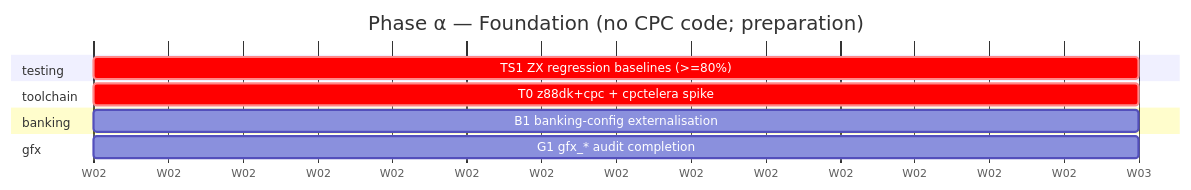
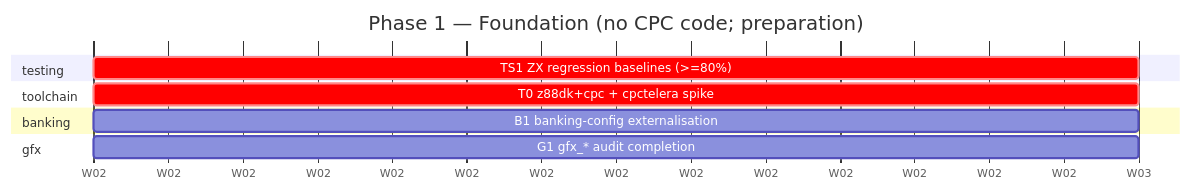
The third of 9 diagrams in doc/multiplatform-plan/gantt.md (jorgegv/rage1), drawn with Mermaid before and after one commit. The commit also changed other lines of this file and 1 other file, not shown here.

First line of the commit message:
doc: rename Greek-letter phases (alpha..zeta) to Phase 1..6

````diff
--- a/doc/multiplatform-plan/gantt.md
+++ b/doc/multiplatform-plan/gantt.md
@@ -224,14 +224,14 @@
 ```mermaid
 gantt
-  title Phase α — Foundation (no CPC code; preparation)
+  title Phase 1 — Foundation (no CPC code; preparation)
   dateFormat YYYY-MM-DD
   axisFormat W%V
   section testing
   TS1 ZX regression baselines (>=80%)   :crit, ts1, 2026-01-05, 7d
   section toolchain
   T0 z88dk+cpc + cpctelera spike        :crit, t0, 2026-01-05, 7d
   section banking
   B1 banking-config externalisation     :b1, 2026-01-05, 7d
   section gfx
   G1 gfx_* audit completion             :g1, 2026-01-05, 7d
 ```
````
